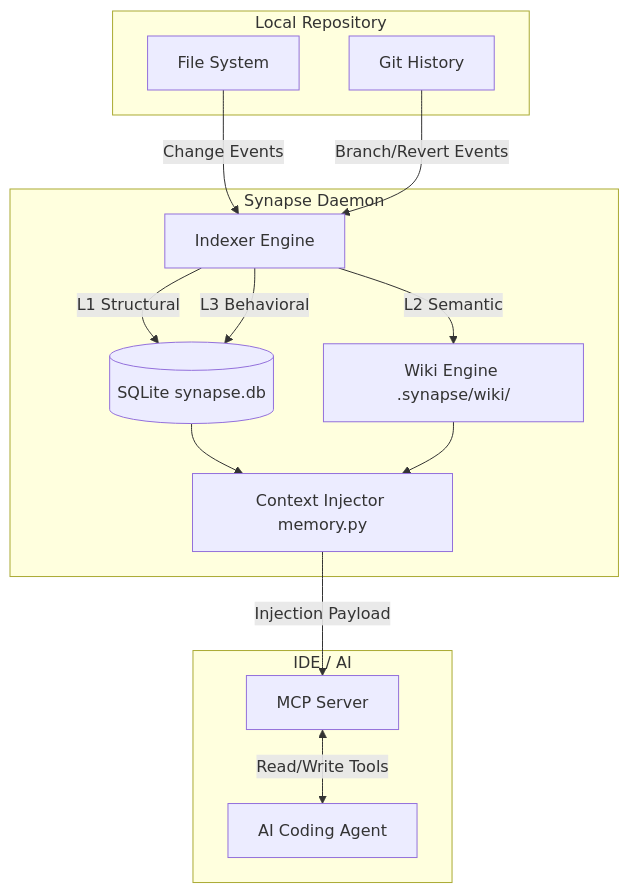
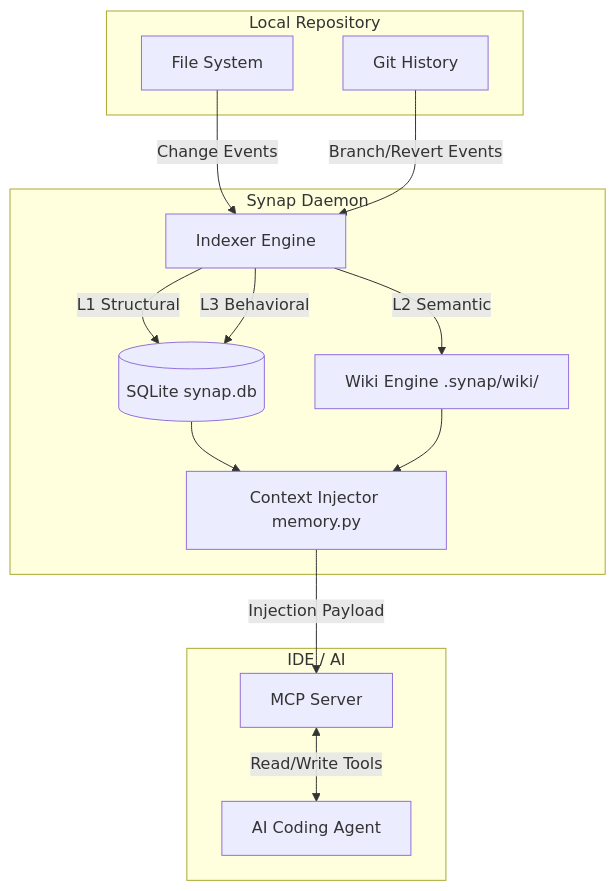
Before and after one commit to saahilpal/synapse: the first of 3 diagrams in README.md, drawn with Mermaid. The commit also changed other lines of this file and 115 other files, not shown here.

First line of the commit message:
refactor(packaging): migrate package from synapse to synap-git

````diff
--- a/README.md
+++ b/README.md
@@ -31,30 +31,30 @@
 ```mermaid
 graph TD
     subgraph Local Repository
         FS[File System]
         Git[Git History]
     end
 
-    subgraph Synapse Daemon
+    subgraph Synap Daemon
         I[Indexer Engine]
-        DB[(SQLite synapse.db)]
-        W[Wiki Engine .synapse/wiki/]
+        DB[(SQLite synap.db)]
+        W[Wiki Engine .synap/wiki/]
         M[Context Injector memory.py]
     end
 
     subgraph IDE / AI
         MCP[MCP Server]
         Agent[AI Coding Agent]
     end
 
     FS -->|Change Events| I
     Git -->|Branch/Revert Events| I
     I -->|L1 Structural| DB
     I -->|L2 Semantic| W
     I -->|L3 Behavioral| DB
 
     DB --> M
     W --> M
     M -->|Injection Payload| MCP
     MCP <-->|Read/Write Tools| Agent
 ```
````
